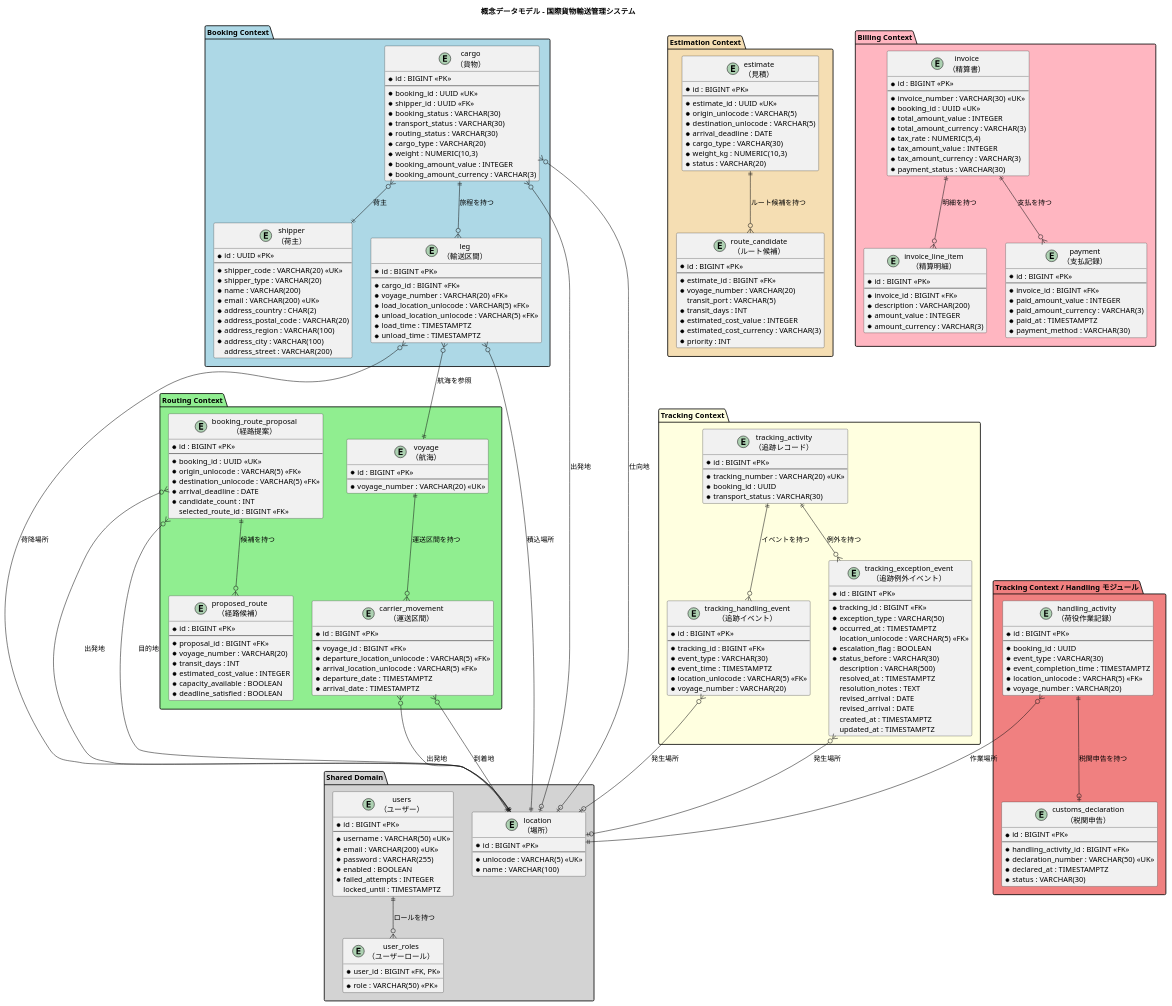
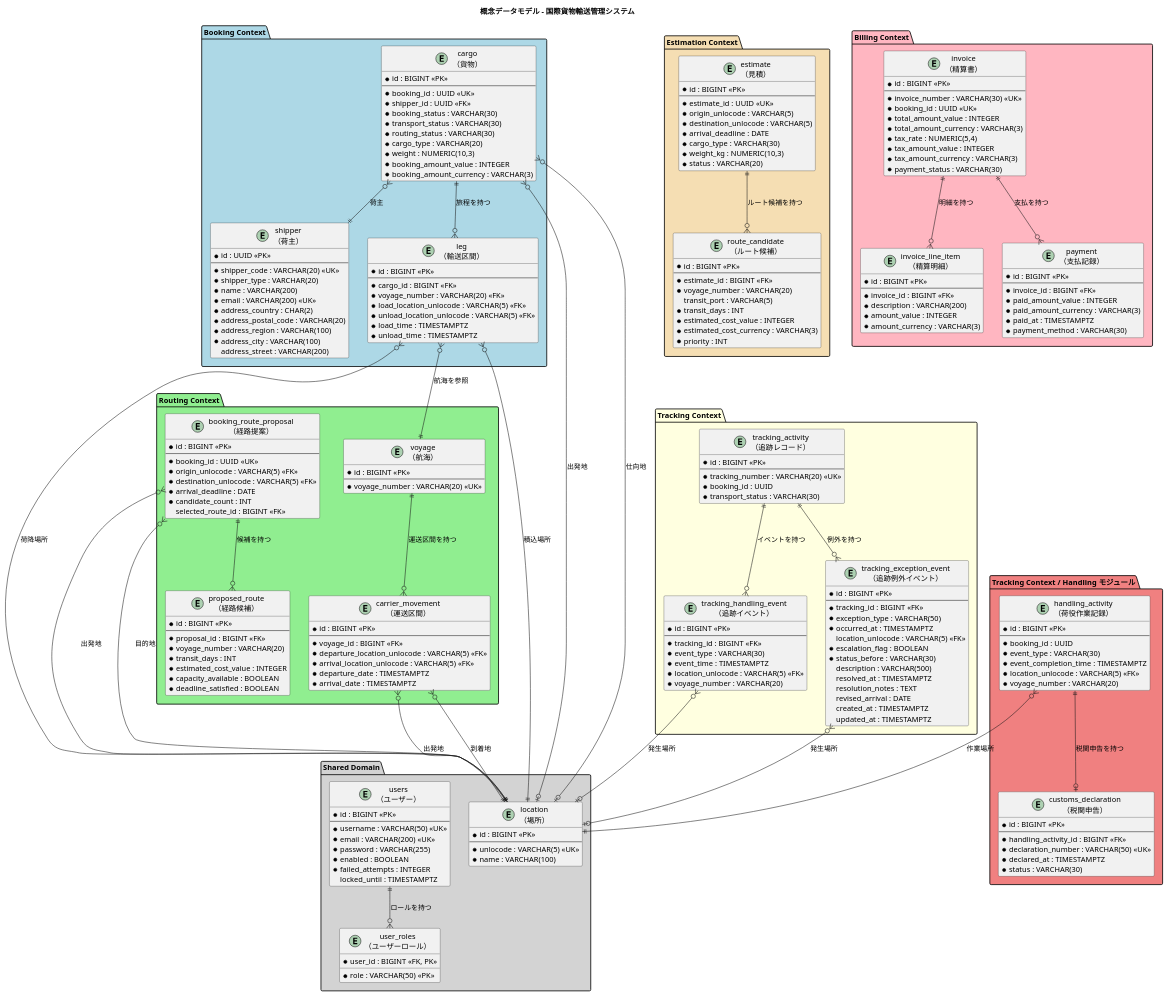
Before and after one commit to k2works/case-study-cargo-tracker: the first of 9 diagrams in docs/design/data-model.md, drawn with PlantUML. The commit also changed 24 other files, not shown here.

```diff
--- a/docs/design/data-model.md
+++ b/docs/design/data-model.md
@@ -182,7 +182,6 @@
     description : VARCHAR(500)
     resolved_at : TIMESTAMPTZ
     resolution_notes : TEXT
-  revised_arrival : DATE
     revised_arrival : DATE
     created_at : TIMESTAMPTZ
     updated_at : TIMESTAMPTZ
```
